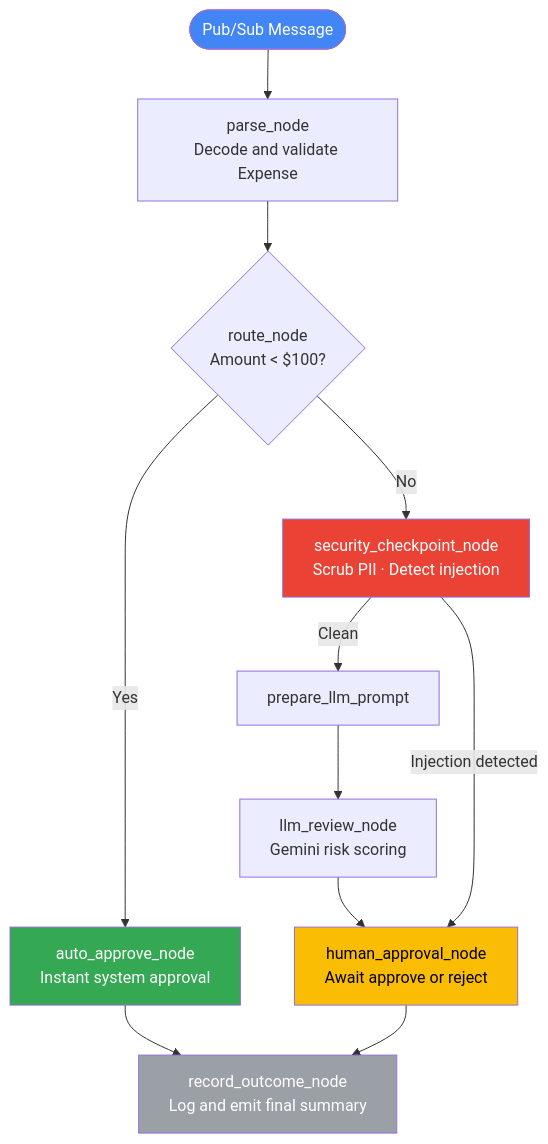
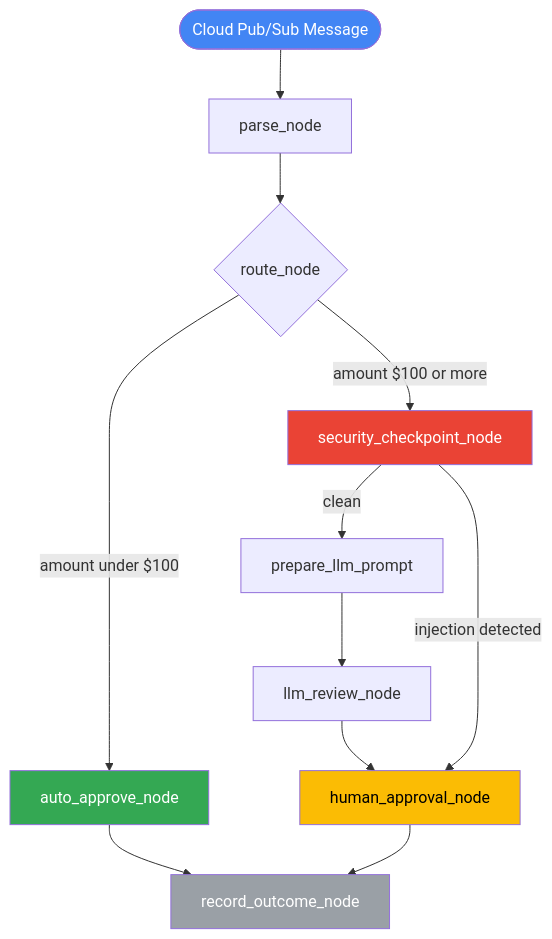
Before and after one commit to Binary-yev/ambient-expense-agent: the first of 2 diagrams in README.md, drawn with Mermaid. The commit also changed other lines of this file, not shown here.

Commit message:
fix: repair Mermaid diagrams and set default branch to main
- Replace \n line breaks and special chars with GitHub-compatible Mermaid syntax
- Workflow was on master; renamed to main so CI/Security/Eval badges trigger
- Badges now point to main branch where workflows run

````diff
--- a/README.md
+++ b/README.md
@@ -38,23 +38,23 @@
 ```mermaid
 flowchart TD
-    A([Pub/Sub Message]) --> B[parse_node\nDecode and validate Expense]
-    B --> C{route_node\nAmount < $100?}
+    A(["Cloud Pub/Sub Message"]) --> B["parse_node"]
+    B --> C{"route_node"}
 
-    C -- Yes --> D[auto_approve_node\nInstant system approval]
-    C -- No --> E[security_checkpoint_node\nScrub PII · Detect injection]
+    C -- "amount under $100" --> D["auto_approve_node"]
+    C -- "amount $100 or more" --> E["security_checkpoint_node"]
 
-    E -- Clean --> F[prepare_llm_prompt]
-    F --> G[llm_review_node\nGemini risk scoring]
-    G --> H[human_approval_node\nAwait approve or reject]
+    E -- "clean" --> F["prepare_llm_prompt"]
+    F --> G["llm_review_node"]
+    G --> H["human_approval_node"]
 
-    E -- Injection detected --> H
+    E -- "injection detected" --> H
 
-    D --> I[record_outcome_node\nLog and emit final summary]
+    D --> I["record_outcome_node"]
     H --> I
 
     style A fill:#4285F4,color:#fff
     style D fill:#34A853,color:#fff
     style H fill:#FBBC04,color:#000
     style E fill:#EA4335,color:#fff
     style I fill:#9AA0A6,color:#fff
 ```
````
